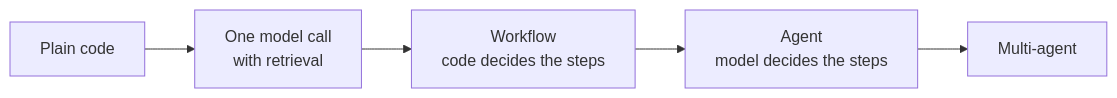
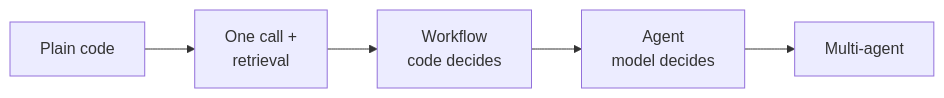
The diagram in images/src/2.2-determinism-vs-autonomy.mmd (daneb/ai-system-design-primer), drawn with Mermaid before and after one commit. The commit also changed 151 other files, not shown here.

```diff
--- a/images/src/2.2-determinism-vs-autonomy.mmd
+++ b/images/src/2.2-determinism-vs-autonomy.mmd
@@ -1,3 +1,3 @@
-%% alt: Diagram for 2.2 Determinism vs autonomy: Plain code, One model call with retrieval, Workflow code decides the steps, Agent model decides the steps, Multi-agent
+%% alt: A spectrum from most to least deterministic: plain code, one model call with retrieval, a workflow where code decides the steps, an agent where the model decides the steps, and multiple agents.
 flowchart LR
-  F["Plain code"] --> S["One model call<br/>with retrieval"] --> W["Workflow<br/>code decides the steps"] --> A["Agent<br/>model decides the steps"] --> M["Multi-agent"]
+  F[Plain code] --> S[One call +<br/>retrieval]:::model --> W[Workflow<br/>code decides]:::control --> A[Agent<br/>model decides]:::model --> M[Multi-agent]:::model
```
